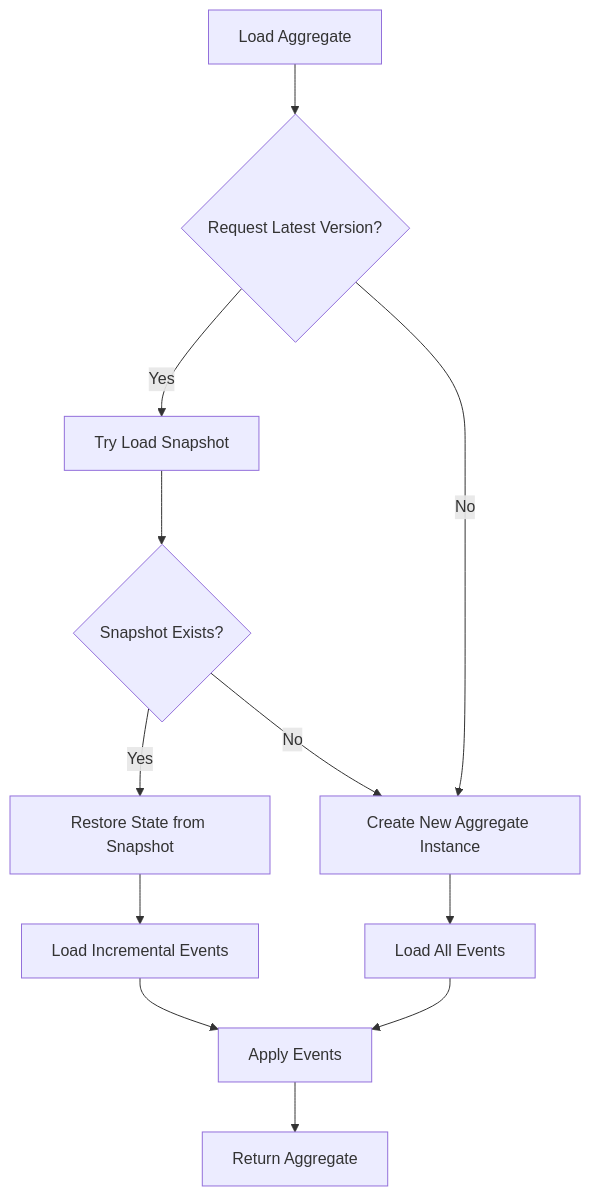
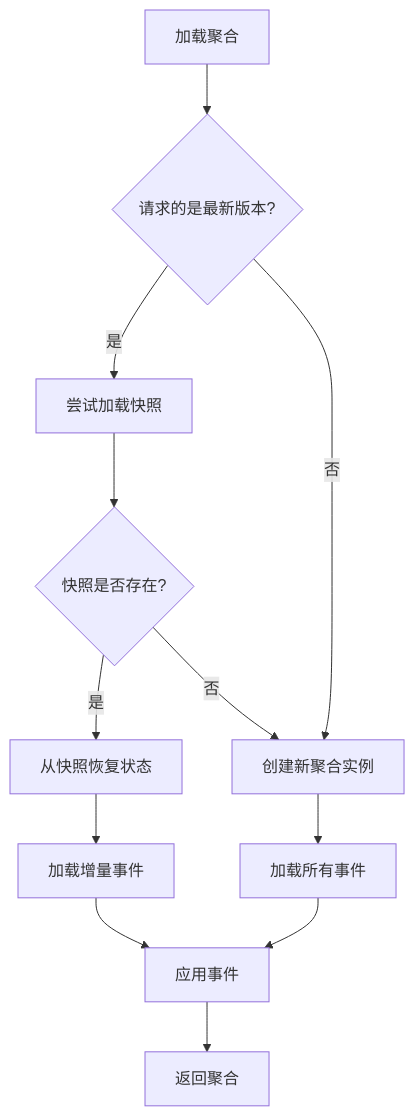
One commit to Ahoo-Wang/Wow changed the first of 4 diagrams in documentation/docs/zh/guide/eventstore.md. Above: the diagram before and after it, drawn with Mermaid. The commit also changed other lines of this file and 11 other files, not shown here.

````diff
--- a/documentation/docs/zh/guide/eventstore.md
+++ b/documentation/docs/zh/guide/eventstore.md
@@ -73,14 +73,14 @@
 ```mermaid
 flowchart TD
-    A[Load Aggregate] --> B{Request Latest Version?}
-    B -->|Yes| C[Try Load Snapshot]
-    B -->|No| D[Create New Aggregate Instance]
-    C --> E{Snapshot Exists?}
-    E -->|Yes| F[Restore State from Snapshot]
-    E -->|No| D
-    F --> G[Load Incremental Events]
-    D --> H[Load All Events]
-    G --> I[Apply Events]
+    A[加载聚合] --> B{请求的是最新版本?}
+    B -->|是| C[尝试加载快照]
+    B -->|否| D[创建新聚合实例]
+    C --> E{快照是否存在?}
+    E -->|是| F[从快照恢复状态]
+    E -->|否| D
+    F --> G[加载增量事件]
+    D --> H[加载所有事件]
+    G --> I[应用事件]
     H --> I
-    I --> J[Return Aggregate]
+    I --> J[返回聚合]
 ```
````
